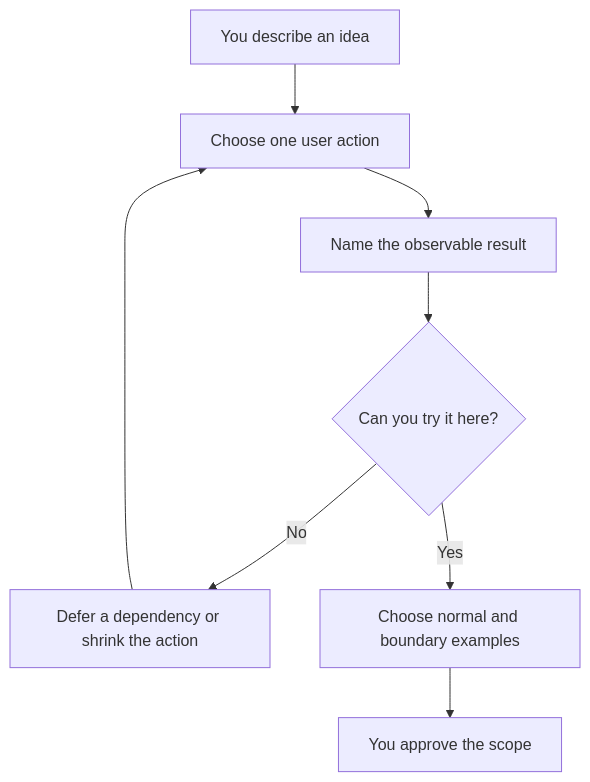
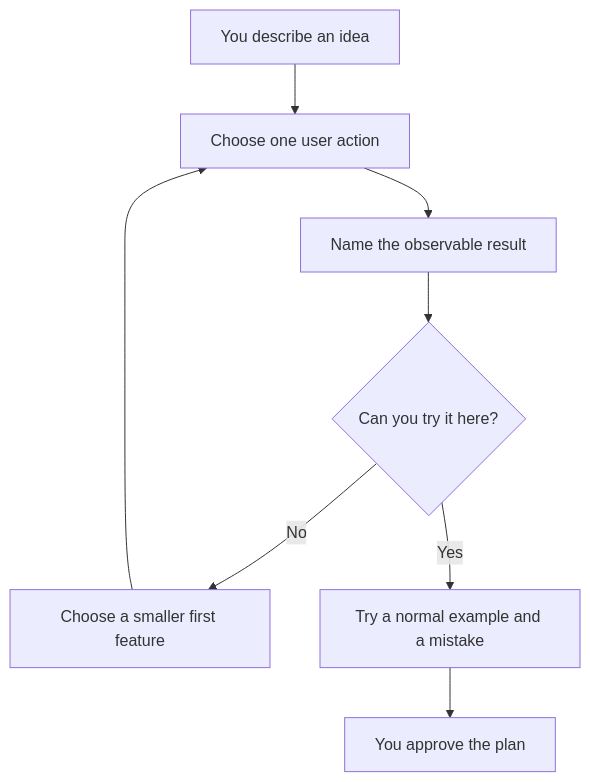
One commit to cristianandfriends/say-it-then-ship-it changed the diagram in lab/scope-observable-behavior.md. Above: the diagram before and after it, drawn with Mermaid. The commit also changed other lines of this file and 12 other files, not shown here.

````diff
--- a/lab/scope-observable-behavior.md
+++ b/lab/scope-observable-behavior.md
@@ -24,12 +23,12 @@
 ```mermaid
 flowchart TD
     accTitle: Choose a behavior you can check
-    accDescr: You choose a user action, name its observable result, and check whether you can try it in the workshop environment. You shrink the scope if needed, then approve examples before implementation.
+    accDescr: You choose one action and its expected result. If you cannot try it on the workshop computer, choose a smaller action. Approve your examples before asking for code.
     idea["You describe an idea"] --> action["Choose one user action"]
     action --> result["Name the observable result"]
     result --> check{"Can you try it here?"}
-    check -->|No| shrink["Defer a dependency or shrink the action"]
+    check -->|No| shrink["Choose a smaller first feature"]
     shrink --> action
-    check -->|Yes| examples["Choose normal and boundary examples"]
-    examples --> approve["You approve the scope"]
+    check -->|Yes| examples["Try a normal example and a mistake"]
+    examples --> approve["You approve the plan"]
 ```
````
